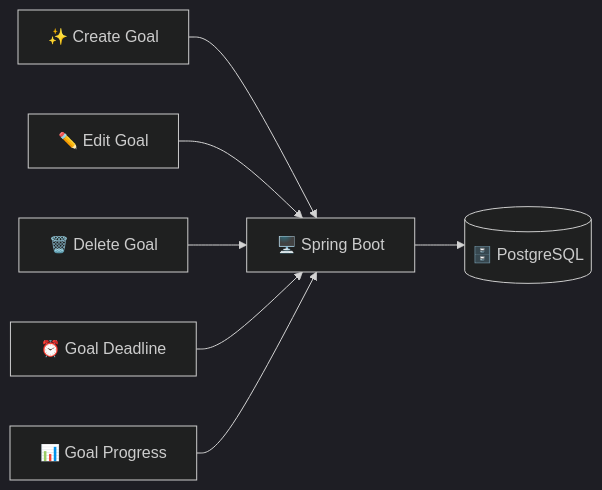
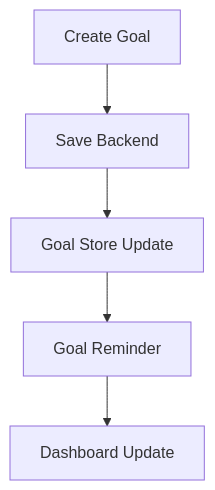
One commit to Pragatees/life-os-refined changed the seventh of 14 diagrams in README.md. Above: the diagram before and after it, drawn with Mermaid. The commit also changed other lines of this file, not shown here.

````diff
--- a/README.md
+++ b/README.md
@@ -186,10 +323,7 @@
 ```mermaid
-%%{init: {'theme':'dark'}}%%
-flowchart LR
-    C[✨ Create Goal] --> SB[🖥️ Spring Boot]
-    E[✏️ Edit Goal] --> SB
-    D[🗑️ Delete Goal] --> SB
-    DL[⏰ Goal Deadline] --> SB
-    P[📊 Goal Progress] --> SB
-    SB --> DB[(🗄️ PostgreSQL)]
+flowchart TD
+    A[Create Goal] --> B[Save Backend]
+    B --> C[Goal Store Update]
+    C --> D[Goal Reminder]
+    D --> E[Dashboard Update]
 ```
````
